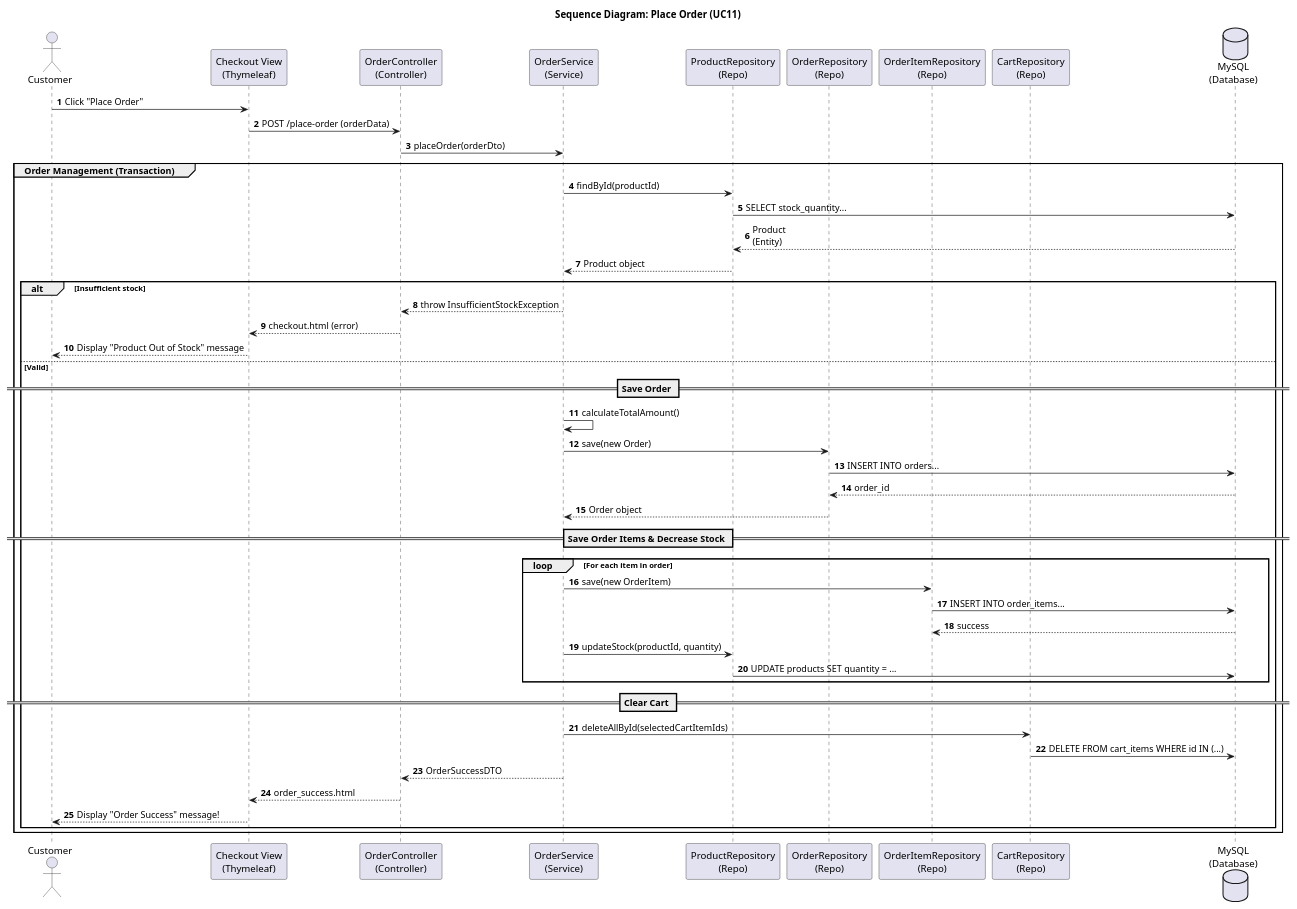
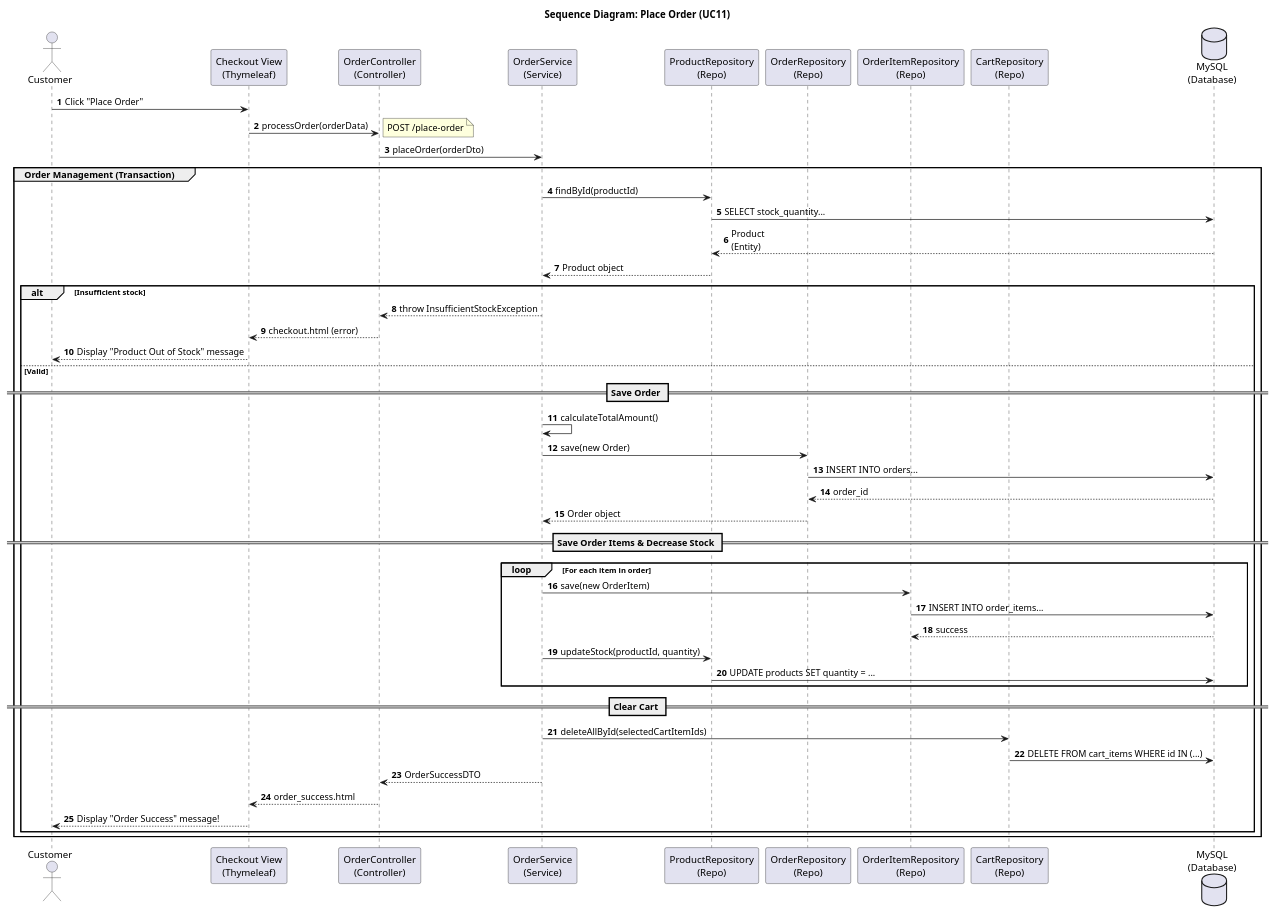
One commit to Peterdir/fashion-store-system changed the diagram in src/main/java/org/example/fashionstoresystem/uml/Sequence/SD11_PlaceOrder.puml. Above: the diagram before and after it, drawn with PlantUML. The commit also changed 13 other files, not shown here.

Commit message:
Implement Class Diagram and Update Sequence Diagram

```diff
--- a/src/main/java/org/example/fashionstoresystem/uml/Sequence/SD11_PlaceOrder.puml
+++ b/src/main/java/org/example/fashionstoresystem/uml/Sequence/SD11_PlaceOrder.puml
@@ -1,56 +1,57 @@
 @startuml
 title Sequence Diagram: Place Order (UC11)
 
 autonumber
 actor Customer
 participant "Checkout View\n(Thymeleaf)" as View
 participant "OrderController\n(Controller)" as Controller
 participant "OrderService\n(Service)" as Service
 participant "ProductRepository\n(Repo)" as ProductRepo
 participant "OrderRepository\n(Repo)" as OrderRepo
 participant "OrderItemRepository\n(Repo)" as ItemRepo
 participant "CartRepository\n(Repo)" as CartRepo
 database "MySQL\n(Database)" as DB
 
 Customer -> View : Click "Place Order"
-View -> Controller : POST /place-order (orderData)
+View -> Controller : processOrder(orderData)
+note right: POST /place-order
 Controller -> Service : placeOrder(orderDto)
 
 group Order Management (Transaction)
     Service -> ProductRepo : findById(productId)
     ProductRepo -> DB : SELECT stock_quantity...
     DB --> ProductRepo : Product\n(Entity)
     ProductRepo --> Service : Product object
 
     alt Insufficient stock
         Service --> Controller : throw InsufficientStockException
         Controller --> View : checkout.html (error)
         View --> Customer : Display "Product Out of Stock" message
     else Valid
         == Save Order ==
         Service -> Service : calculateTotalAmount()
         Service -> OrderRepo : save(new Order)
         OrderRepo -> DB : INSERT INTO orders...
         DB --> OrderRepo : order_id
         OrderRepo --> Service : Order object
 
         == Save Order Items & Decrease Stock ==
         loop For each item in order
             Service -> ItemRepo : save(new OrderItem)
             ItemRepo -> DB : INSERT INTO order_items...
             DB --> ItemRepo : success
 
             Service -> ProductRepo : updateStock(productId, quantity)
             ProductRepo -> DB : UPDATE products SET quantity = ...
         end
 
         == Clear Cart ==
         Service -> CartRepo : deleteAllById(selectedCartItemIds)
         CartRepo -> DB : DELETE FROM cart_items WHERE id IN (...)
 
         Service --> Controller : OrderSuccessDTO
         Controller --> View : order_success.html
         View --> Customer : Display "Order Success" message!
     end
 end
 @enduml
```
